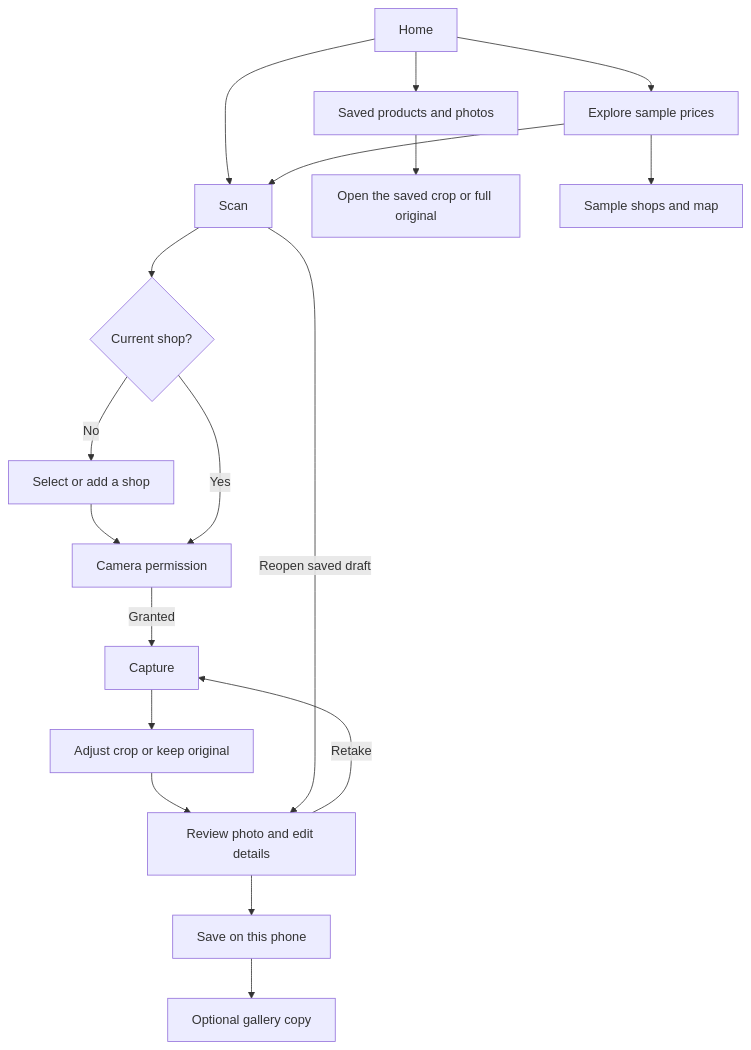
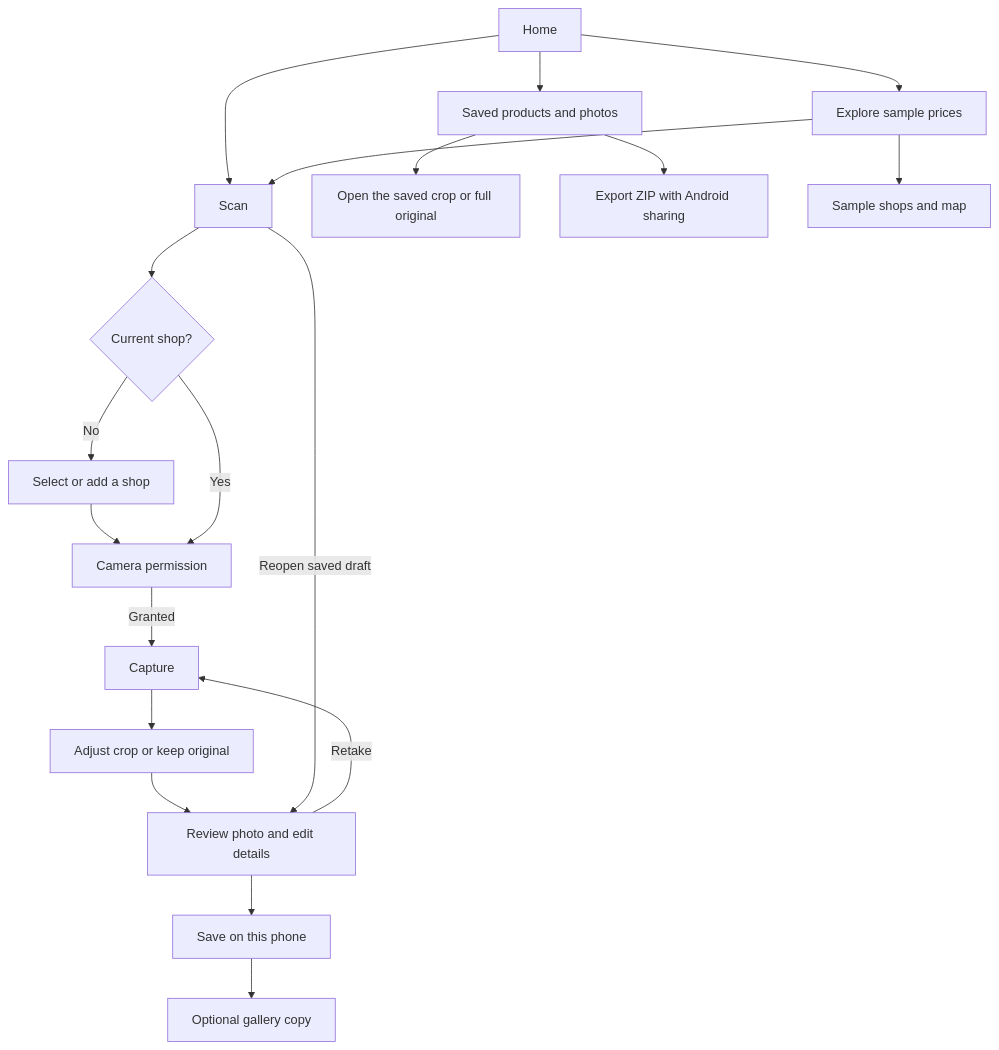
The diagram in docs/app-map.md (Maratatasan/cheapo-app), drawn with Mermaid before and after one commit. The commit also changed other lines of this file and 7 other files, not shown here.

Commit message:
Export saved shopping records and photos on Android

````diff
--- a/docs/app-map.md
+++ b/docs/app-map.md
@@ -8,20 +8,21 @@
 ```mermaid
 flowchart TD
     Home --> Scan
     Scan --> CurrentShop{"Current shop?"}
     CurrentShop -->|No| ChooseShop["Select or add a shop"]
     ChooseShop --> Permission["Camera permission"]
     CurrentShop -->|Yes| Permission
     Permission -->|Granted| Capture
     Capture --> Crop["Adjust crop or keep original"]
     Crop --> Review["Review photo and edit details"]
     Review -->|Retake| Capture
     Review --> Save["Save on this phone"]
     Save --> Gallery["Optional gallery copy"]
     Home --> Saved["Saved products and photos"]
     Saved --> SavedPhoto["Open the saved crop or full original"]
+    Saved --> Export["Export ZIP with Android sharing"]
     Scan -->|Reopen saved draft| Review
     Home --> Results["Explore sample prices"]
     Results --> Shops["Sample shops and map"]
     Results --> Scan
 ```
````
